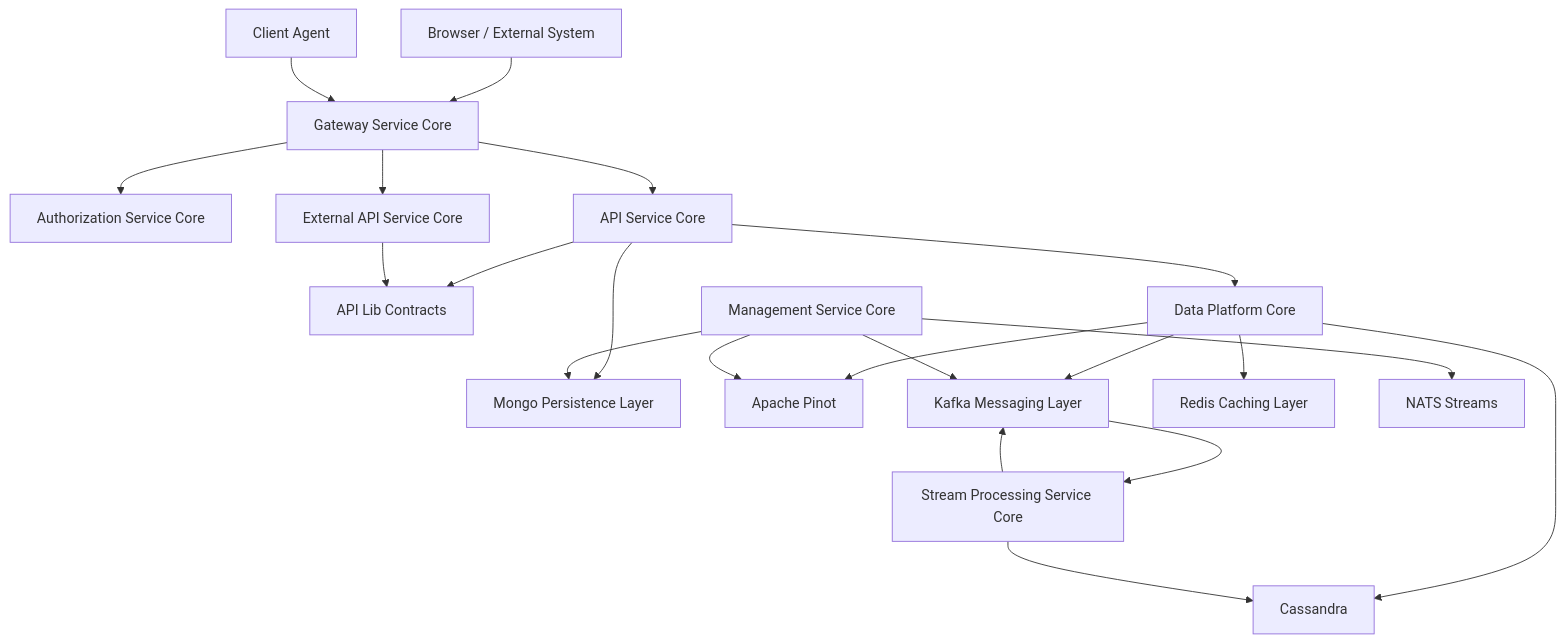
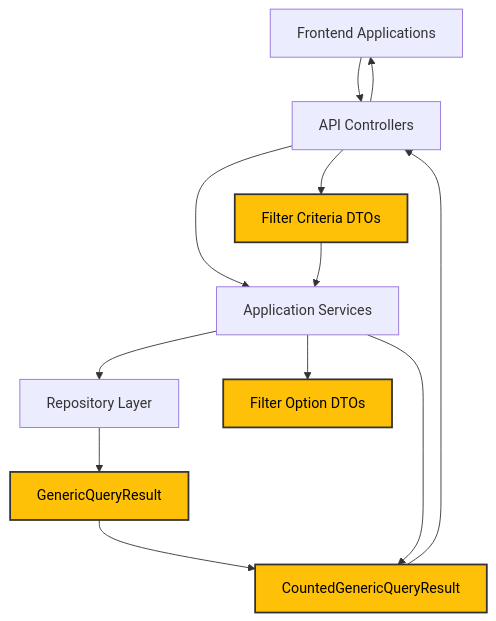
Before and after one commit to flamingo-stack/openframe-oss-lib: the diagram in docs/getting-started/introduction.md, drawn with Mermaid. The commit also changed other lines of this file and 10 other files, not shown here.

````diff
--- a/docs/getting-started/introduction.md
+++ b/docs/getting-started/introduction.md
@@ -54,29 +32,20 @@
 ```mermaid
 flowchart TD
-    Client["Browser / External System"] --> Gateway["Gateway Service Core"]
-    Agent["Client Agent"] --> Gateway
-
-    Gateway --> Auth["Authorization Service Core"]
-    Gateway --> Api["API Service Core"]
-    Gateway --> External["External API Service Core"]
-
-    Api --> Contracts["API Lib Contracts"]
-    External --> Contracts
-
-    Api --> Mongo["Mongo Persistence Layer"]
-    Api --> DataCore["Data Platform Core"]
-
-    DataCore --> Cassandra["Cassandra"]
-    DataCore --> Pinot["Apache Pinot"]
-    DataCore --> Kafka["Kafka Messaging Layer"]
-    DataCore --> Redis["Redis Caching Layer"]
-
-    Kafka --> Stream["Stream Processing Service Core"]
-    Stream --> Cassandra
-    Stream --> Kafka
-
-    Management["Management Service Core"] --> Kafka
-    Management --> Pinot
-    Management --> Mongo
-    Management --> NATS["NATS Streams"]
+    Frontend["Frontend Applications"] --> API["API Controllers"]
+    API --> Service["Application Services"]  
+    Service --> Repository["Repository Layer"]
+    
+    Repository --> QueryResult["GenericQueryResult<T>"]
+    QueryResult --> CountedResult["CountedGenericQueryResult<T>"]
+    
+    API --> FilterCriteria["Filter Criteria DTOs"]
+    Service --> FilterOptions["Filter Option DTOs"]
+    
+    FilterCriteria --> Service
+    Service --> CountedResult
+    CountedResult --> API
+    API --> Frontend
+    
+    classDef dto fill:#FFC008,stroke:#333,stroke-width:2px,color:#000
+    class QueryResult,CountedResult,FilterCriteria,FilterOptions dto
 ```
````
